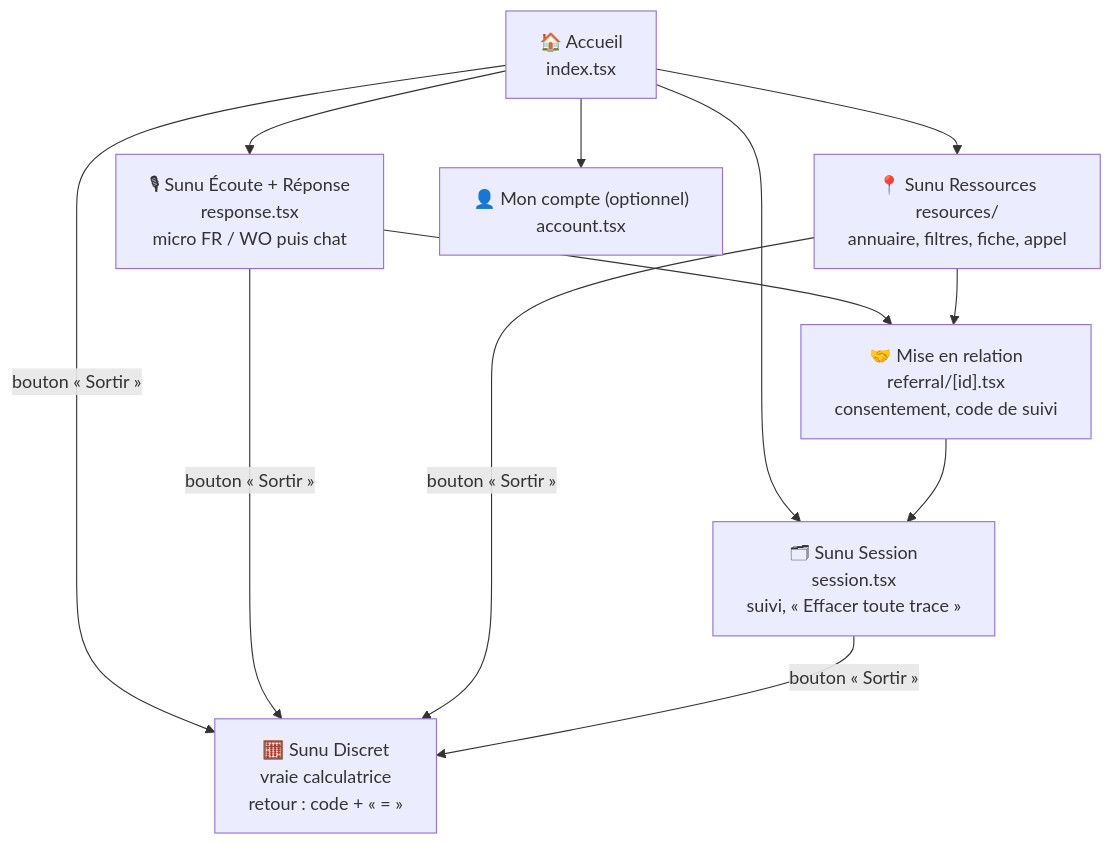
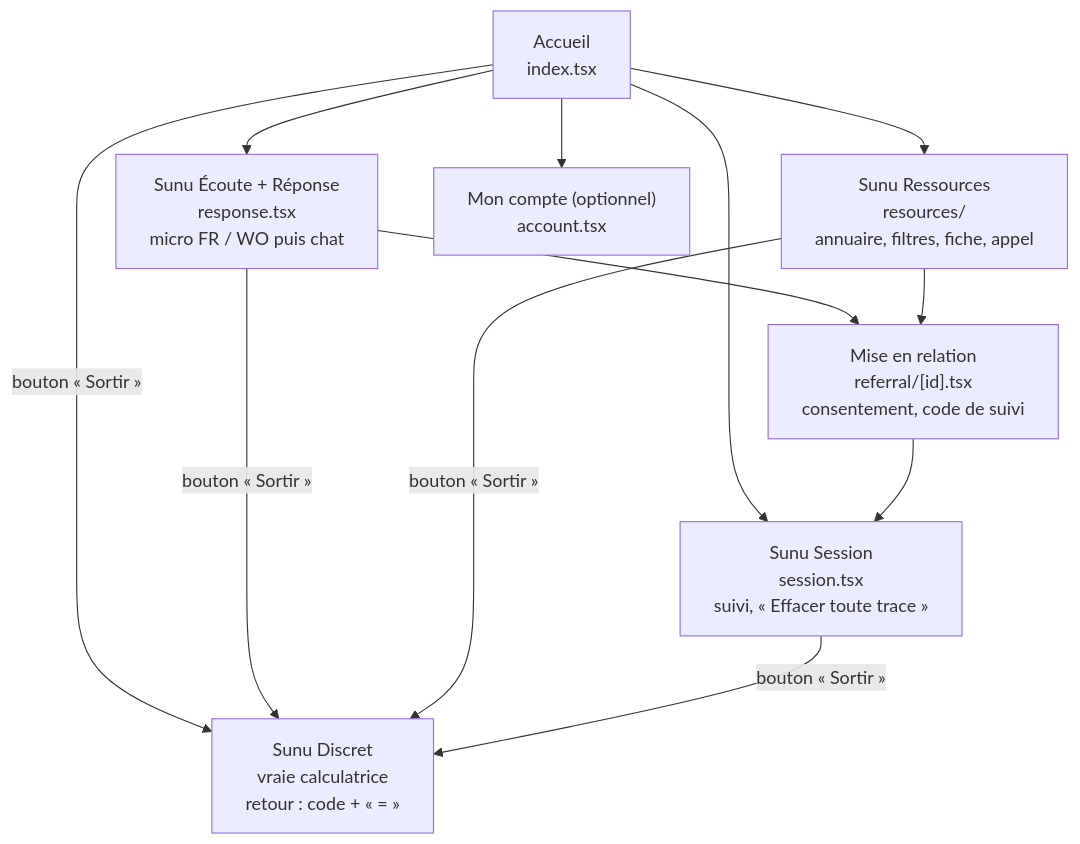
Before and after one commit to Dioumadev221/SUNUSAFEGUARD: diagram 14 of 17 in README.fr.md, drawn with Mermaid. The commit also changed other lines of this file and 1 other file, not shown here.

````diff
--- a/README.fr.md
+++ b/README.fr.md
@@ -619,11 +619,11 @@
 ```mermaid
 flowchart TB
-    HOME["🏠 Accueil<br/>index.tsx"] --> ECOUTE["🎙 Sunu Écoute + Réponse<br/>response.tsx<br/>micro FR / WO puis chat"]
-    HOME --> RES["📍 Sunu Ressources<br/>resources/<br/>annuaire, filtres, fiche, appel"]
-    HOME --> SES["🗂 Sunu Session<br/>session.tsx<br/>suivi, « Effacer toute trace »"]
-    HOME --> ACC["👤 Mon compte (optionnel)<br/>account.tsx"]
-    ECOUTE --> REF["🤝 Mise en relation<br/>referral/[id].tsx<br/>consentement, code de suivi"]
+    HOME["Accueil<br/>index.tsx"] --> ECOUTE["Sunu Écoute + Réponse<br/>response.tsx<br/>micro FR / WO puis chat"]
+    HOME --> RES["Sunu Ressources<br/>resources/<br/>annuaire, filtres, fiche, appel"]
+    HOME --> SES["Sunu Session<br/>session.tsx<br/>suivi, « Effacer toute trace »"]
+    HOME --> ACC["Mon compte (optionnel)<br/>account.tsx"]
+    ECOUTE --> REF["Mise en relation<br/>referral/[id].tsx<br/>consentement, code de suivi"]
     RES --> REF
     REF --> SES
-    HOME & ECOUTE & RES & SES -->|"bouton « Sortir »"| DISC["🧮 Sunu Discret<br/>vraie calculatrice<br/>retour : code + « = »"]
+    HOME & ECOUTE & RES & SES -->|"bouton « Sortir »"| DISC["Sunu Discret<br/>vraie calculatrice<br/>retour : code + « = »"]
 ```
````
